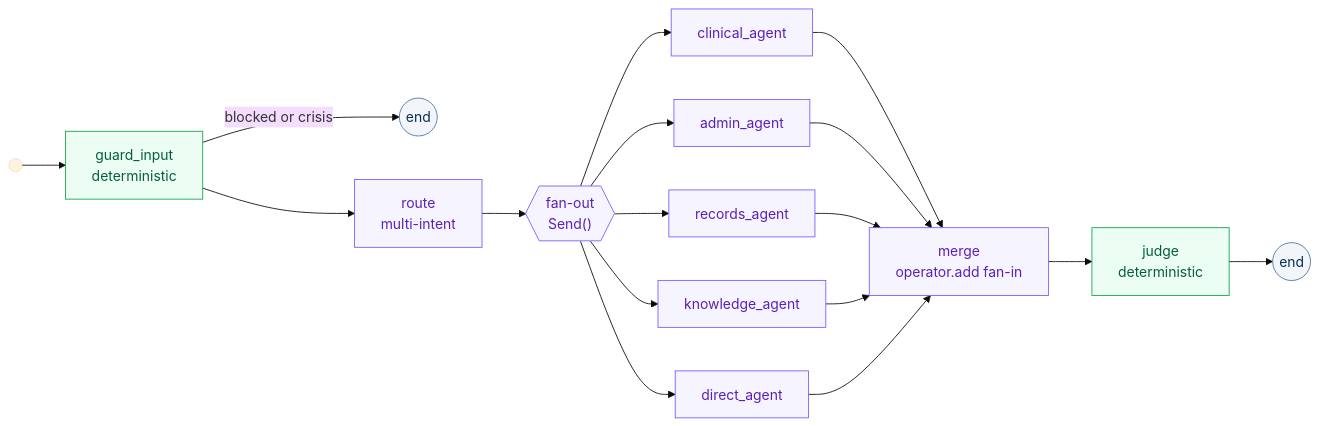
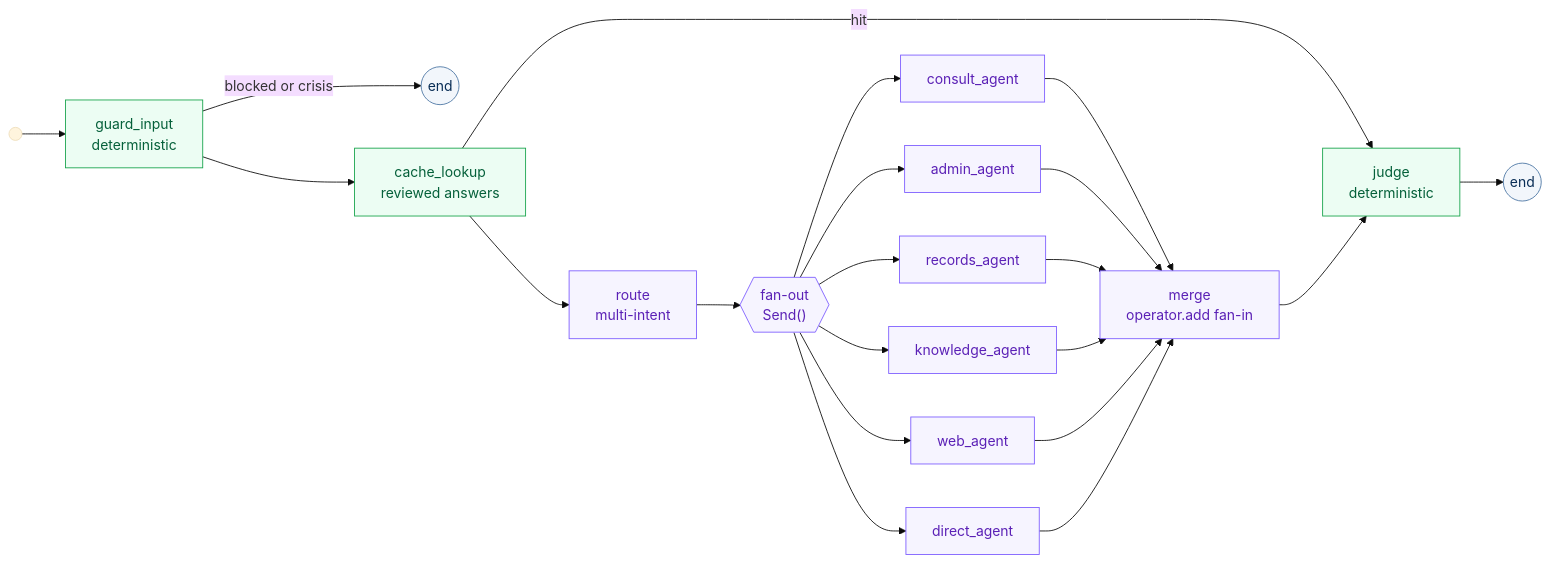
The third of 5 diagrams in README.md (Pasidu-Mihiranga/SuwaPath), drawn with Mermaid (base theme) before and after one commit. The commit also changed other lines of this file and 1 other file, not shown here.

Commit message:
docs: cross-platform setup, mermaid diagrams, provider and privacy sections

````diff
--- a/README.md
+++ b/README.md
@@ -228,25 +252,29 @@
 ```mermaid
 flowchart LR
     START(( )) --> GI["guard_input<br/>deterministic"]:::det
     GI -->|blocked or crisis| E1(("end")):::stop
-    GI --> R["route<br/>multi-intent"]:::ai
+    GI --> CA["cache_lookup<br/>reviewed answers"]:::det
+    CA -->|hit| J
+    CA --> R["route<br/>multi-intent"]:::ai
     R --> FAN{{"fan-out<br/>Send()"}}:::ai
 
-    FAN --> CA["clinical_agent"]:::ai
-    FAN --> AA["admin_agent"]:::ai
-    FAN --> RA["records_agent"]:::ai
-    FAN --> KA["knowledge_agent"]:::ai
-    FAN --> DA["direct_agent"]:::ai
+    FAN --> C1["consult_agent"]:::ai
+    FAN --> C2["admin_agent"]:::ai
+    FAN --> C3["records_agent"]:::ai
+    FAN --> C4["knowledge_agent"]:::ai
+    FAN --> C5["web_agent"]:::ai
+    FAN --> C6["direct_agent"]:::ai
 
-    CA --> M["merge<br/>operator.add fan-in"]:::ai
-    AA --> M
-    RA --> M
-    KA --> M
-    DA --> M
+    C1 --> M["merge<br/>operator.add fan-in"]:::ai
+    C2 --> M
+    C3 --> M
+    C4 --> M
+    C5 --> M
+    C6 --> M
     M --> J["judge<br/>deterministic"]:::det
     J --> E2(("end")):::stop
 
     classDef det fill:#ecfdf3,stroke:#16a34a,color:#05603a
     classDef ai fill:#f6f4ff,stroke:#7c5cff,color:#5b21b6
     classDef stop fill:#f2f6fb,stroke:#4a75a3,color:#0a2e56
 ```
````
